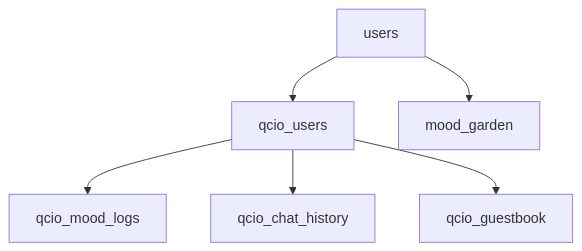
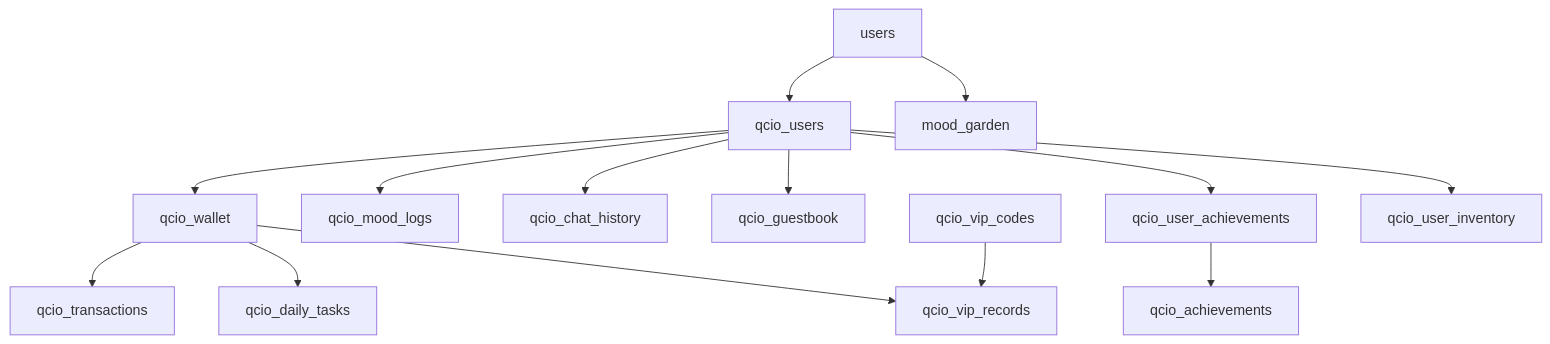
The diagram in docs/数据库设计文档.md (winston-wwzhen/millennium_time_machine), drawn with Mermaid before and after one commit. The commit also changed other lines of this file and 16 other files, not shown here.

````diff
--- a/docs/数据库设计文档.md
+++ b/docs/数据库设计文档.md
@@ -357,8 +590,16 @@
 ```mermaid
 graph TD
     A[users] --> B[qcio_users]
+    B --> W[qcio_wallet]
     B --> C[qcio_mood_logs]
     B --> D[qcio_chat_history]
     B --> E[qcio_guestbook]
     A --> F[mood_garden]
+    W --> T[qcio_transactions]
+    W --> DT[qcio_daily_tasks]
+    W --> VR[qcio_vip_records]
+    VC[qcio_vip_codes] --> VR
+    B --> AC[qcio_user_achievements]
+    AC[qcio_user_achievements] --> ACH[qcio_achievements]
+    B --> INV[qcio_user_inventory]
 ```
````
